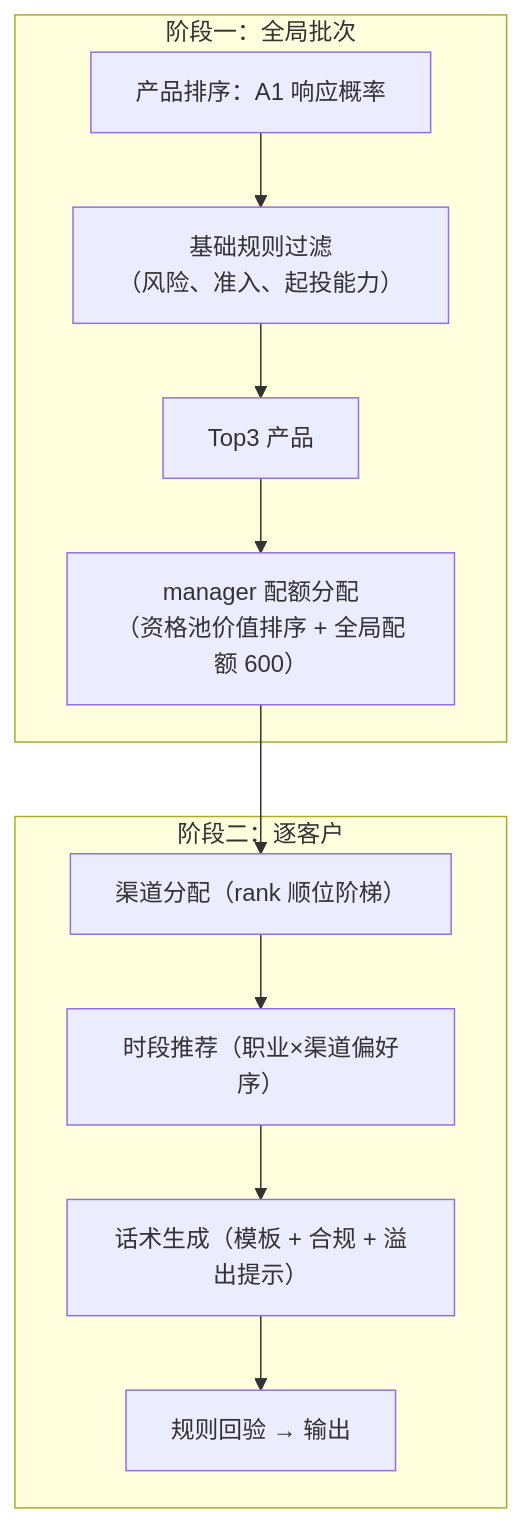
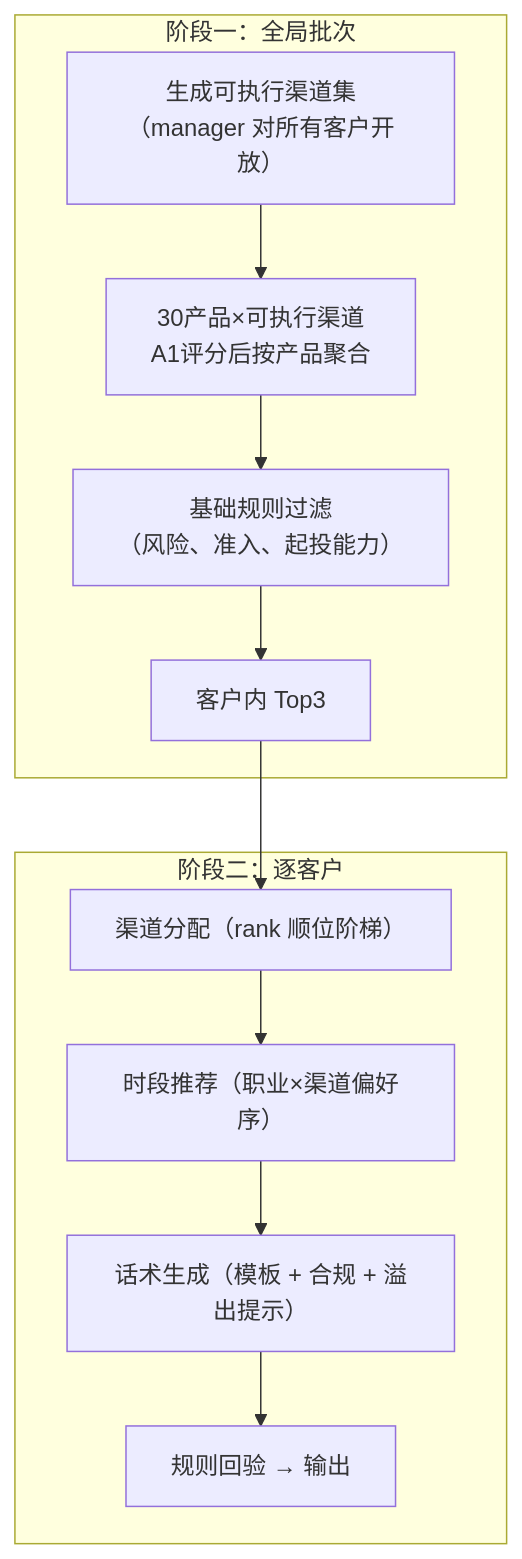
Before and after one commit to cpyh/touchCIB: the diagram in src/docs/sdd-marketing.md, drawn with Mermaid. The commit also changed other lines of this file and 33 other files, not shown here.

````diff
--- a/src/docs/sdd-marketing.md
+++ b/src/docs/sdd-marketing.md
@@ -61,12 +62,12 @@
 ```mermaid
 flowchart TB
     subgraph BATCH["阶段一：全局批次"]
-        S1["产品排序：A1 响应概率"] --> S2["基础规则过滤<br/>（风险、准入、起投能力）"]
-        S2 --> S3["Top3 产品"]
-        S3 --> S4["manager 配额分配<br/>（资格池价值排序 + 全局配额 600）"]
+        S1["生成可执行渠道集<br/>（manager 对所有客户开放）"] --> S2["30产品×可执行渠道<br/>A1评分后按产品聚合"]
+        S2 --> S3["基础规则过滤<br/>（风险、准入、起投能力）"]
+        S3 --> S4["客户内 Top3"]
     end
     subgraph PER["阶段二：逐客户"]
         S4 --> T1["渠道分配（rank 顺位阶梯）"] --> T2["时段推荐（职业×渠道偏好序）"]
         T2 --> T3["话术生成（模板 + 合规 + 溢出提示）"] --> T4["规则回验 → 输出"]
     end
 ```
````
